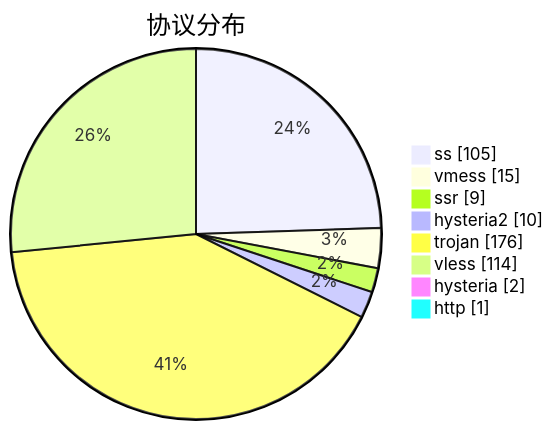
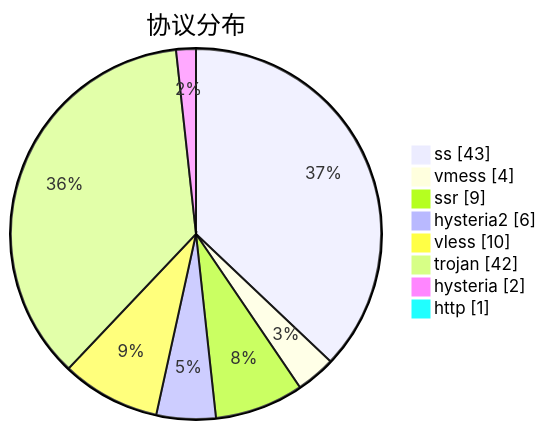
Before and after one commit to sinspired/airport: the third of 3 diagrams in subs/statistics/tested_within.md, drawn with Mermaid. The commit also changed other lines of this file and 2 other files, not shown here.

````diff
--- a/subs/statistics/tested_within.md
+++ b/subs/statistics/tested_within.md
@@ -57,12 +47,12 @@
 ```mermaid
 pie showData
 title 协议分布
-"ss" : 105
-"vmess" : 15
+"ss" : 43
+"vmess" : 4
 "ssr" : 9
-"hysteria2" : 10
-"trojan" : 176
-"vless" : 114
+"hysteria2" : 6
+"vless" : 10
+"trojan" : 42
 "hysteria" : 2
 "http" : 1
 ```
````
